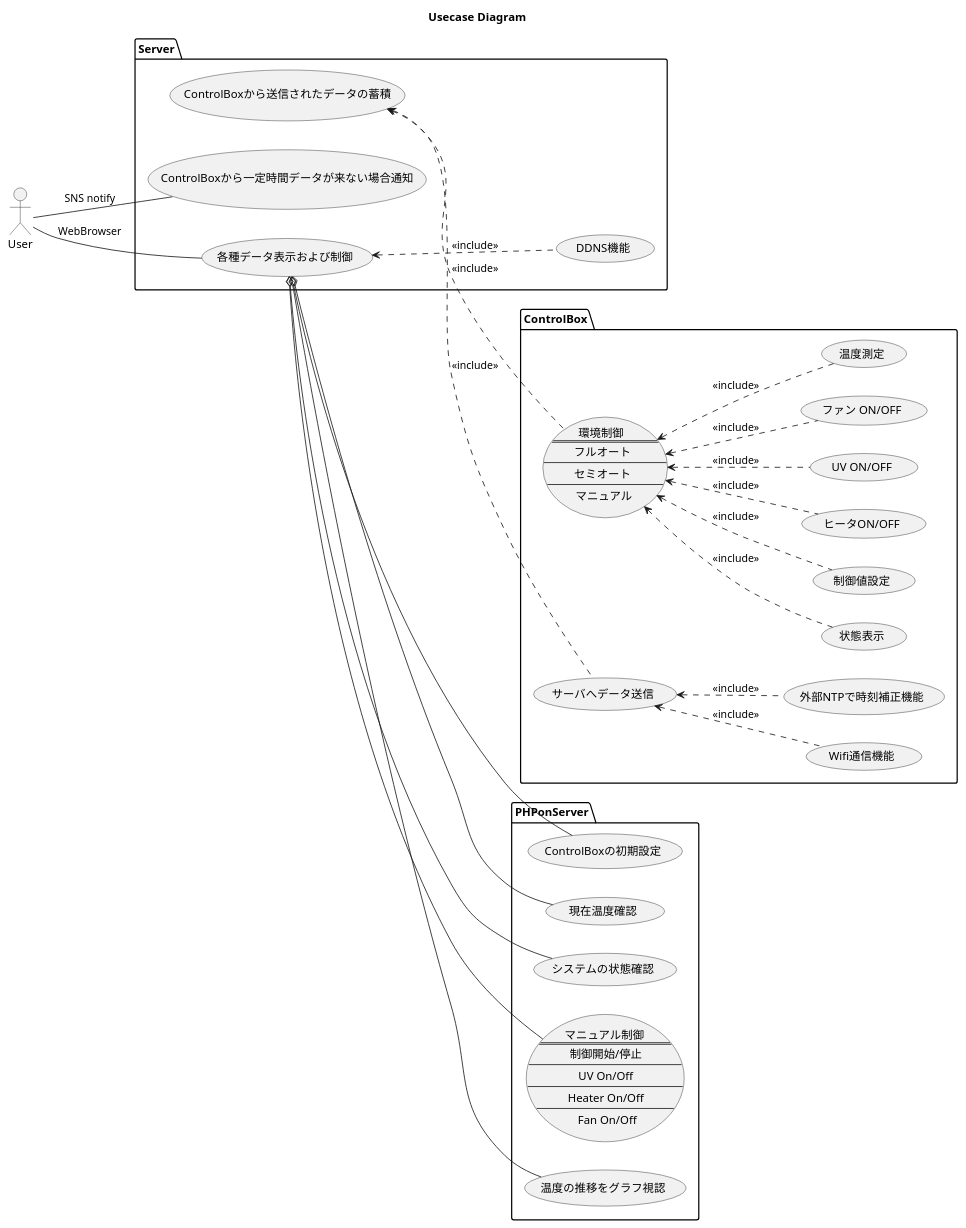
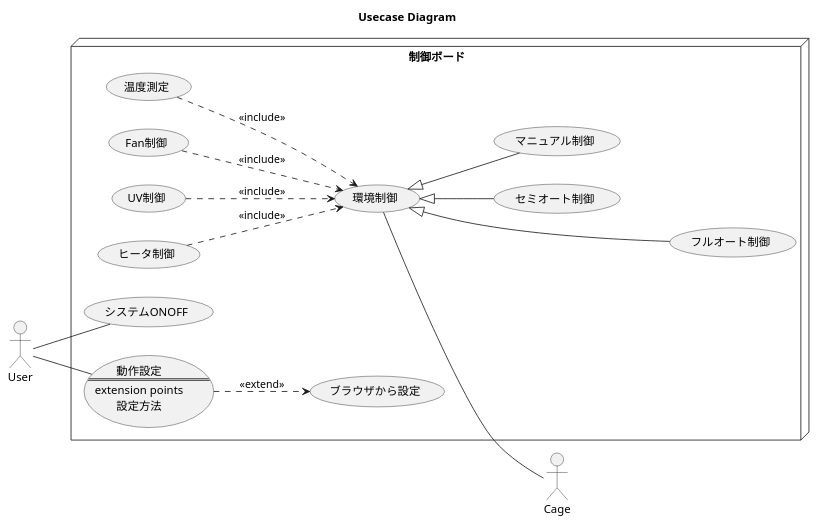
One commit to ShujiMikami/RenjiSystemProject changed the diagram in RequirementsAndSpecs/UsecaseDiagram/UsecaseDiagram.plantuml. Above: the diagram before and after it, drawn with PlantUML.

Commit message:
現状作成しようとしているバージョンにユースケースを修正

```diff
--- a/RequirementsAndSpecs/UsecaseDiagram/UsecaseDiagram.plantuml
+++ b/RequirementsAndSpecs/UsecaseDiagram/UsecaseDiagram.plantuml
@@ -1,62 +1,51 @@
 @startuml
 
 title Usecase Diagram
 
 left to right direction
 
 actor User as ActorUser
 
+actor Cage as ActorCage
 
+node "制御ボード"{
+  usecase "システムONOFF" as UsecaseSystemONOFF
 
-package ControlBox{
-usecase "環境制御 \n==\n フルオート \n--\n セミオート \n--\n マニュアル" as UsecaseMainControl
-  usecase "ヒータON/OFF" as UsecaseHeaterControl
-  usecase "UV ON/OFF" as UsecaseUVControl
-  usecase "ファン ON/OFF" as UsecaseFanControl
-  usecase "温度測定" as UsecaseTempMeasure
-  usecase "Wifi通信機能" as UsecaseWifiConnect
-  usecase "外部NTPで時刻補正機能" as UsecaseNTPTimeCalibration
-  usecase "状態表示" as UsecaseStatusIndicate
-  usecase "制御値設定" as UsecaseSetValue
-  usecase "サーバへデータ送信" as UsecaseSendDataToServer
+  usecase "環境制御" as UsecaseControlEnvironment
 
-  UsecaseMainControl <.. UsecaseHeaterControl : <<include>>
-  UsecaseMainControl <.. UsecaseUVControl : <<include>>
-  UsecaseMainControl <.. UsecaseFanControl : <<include>>
-  UsecaseMainControl <.. UsecaseTempMeasure : <<include>>
-  UsecaseMainControl <.. UsecaseStatusIndicate : <<include>>
-  UsecaseMainControl <.. UsecaseSetValue : <<include>>
-  UsecaseSendDataToServer <.. UsecaseNTPTimeCalibration : <<include>>
-  UsecaseSendDataToServer <.. UsecaseWifiConnect : <<include>>
-  
+  usecase "フルオート制御" as UsecaseFullAutoControl
+
+  usecase "セミオート制御" as UsecaseSemiAutoControl
+
+  usecase "マニュアル制御" as UsecaseManualControl
+
+  UsecaseControlEnvironment <|-down-- UsecaseFullAutoControl
+  UsecaseControlEnvironment <|-down- UsecaseSemiAutoControl
+  UsecaseControlEnvironment <|-down- UsecaseManualControl
+
+  usecase "動作設定\n==\nextension points\n設定方法" as UsecaseSetting
+
+  usecase "ブラウザから設定" as UsecaseSettingWithBrowser
+
+  UsecaseSetting ..> UsecaseSettingWithBrowser : <<extend>>
+
+  usecase "ヒータ制御" as UsecaseControlHeater
+
+  usecase "UV制御" as UsecaseControlUV
+
+  usecase "Fan制御" as UsecaseControlFan
+
+  usecase "温度測定" as UsecaseMeasureTemperature 
+
+  UsecaseControlEnvironment <.up. UsecaseControlHeater : <<include>>
+  UsecaseControlEnvironment <.up. UsecaseControlUV : <<include>>
+  UsecaseControlEnvironment <.up. UsecaseControlFan : <<include>>
+  UsecaseControlEnvironment <.up. UsecaseMeasureTemperature : <<include>>
 }
 
+ActorUser -- UsecaseSystemONOFF
+ActorUser -- UsecaseSetting
 
-package Server{
-  usecase "DDNS機能" as UsecaseDDNS
-  usecase "ControlBoxから送信されたデータの蓄積" as UsecaseDataLogging
-  usecase "ControlBoxから一定時間データが来ない場合通知" as UsecaseNotifyControlBoxSilent
-  usecase "各種データ表示および制御" as UsecaseRemoteControlAndWatch
-  
-  UsecaseRemoteControlAndWatch <.. UsecaseDDNS : <<include>>
-}
+UsecaseControlEnvironment -- ActorCage
 
-package PHPonServer{
-  usecase "現在温度確認" as UsecaseGetCurrentTemp
-  usecase "システムの状態確認" as UsecaseGetCurrentStatus
-  usecase "マニュアル制御 \n==\n 制御開始/停止 \n--\n UV On/Off \n--\n Heater On/Off \n--\n Fan On/Off" as UsecaseFullManualControl
-  usecase "温度の推移をグラフ視認" as UsecaseIndicateGraph
-  usecase "ControlBoxの初期設定" as UsecaseSetupControlBox
-} 
-
-ActorUser -- UsecaseRemoteControlAndWatch : WebBrowser
-ActorUser -- UsecaseNotifyControlBoxSilent : SNS notify
-
-UsecaseRemoteControlAndWatch o-- UsecaseGetCurrentTemp
-UsecaseRemoteControlAndWatch o-- UsecaseGetCurrentStatus
-UsecaseRemoteControlAndWatch o-- UsecaseFullManualControl
-UsecaseRemoteControlAndWatch o-- UsecaseIndicateGraph
-UsecaseRemoteControlAndWatch o-- UsecaseSetupControlBox
-UsecaseDataLogging <.. UsecaseSendDataToServer : <<include>>
-UsecaseDataLogging <.. UsecaseMainControl : <<include>>
 @enduml
```
